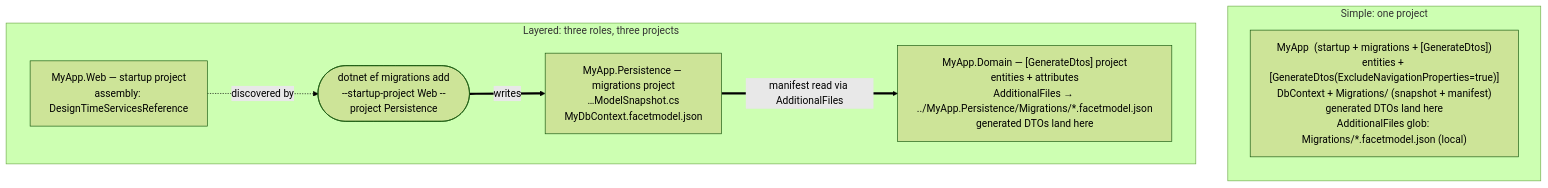
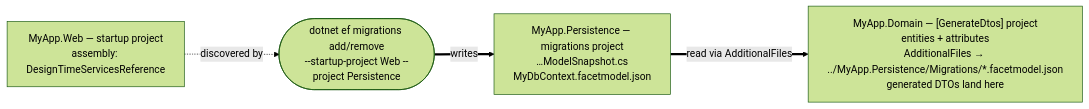
The diagram in src/Facet.Extensions.EFCore/README.md (Tim-Maes/Facet), drawn with Mermaid (forest theme) before and after one commit. The commit also changed other lines of this file and 3 other files, not shown here.

````diff
--- a/src/Facet.Extensions.EFCore/README.md
+++ b/src/Facet.Extensions.EFCore/README.md
@@ -270,19 +380,11 @@
 ```mermaid
-flowchart TB
-    subgraph simple["Simple: one project"]
-        direction TB
-        S["MyApp&nbsp;&nbsp;(startup + migrations + [GenerateDtos])<br/>entities + [GenerateDtos(ExcludeNavigationProperties=true)]<br/>DbContext + Migrations/ (snapshot + manifest)<br/>generated DTOs land here<br/>AdditionalFiles glob: Migrations/*.facetmodel.json (local)"]
-    end
+flowchart LR
+    EF(["dotnet ef migrations add/remove<br/>--startup-project Web --project Persistence"])
+    W["MyApp.Web — startup project<br/>assembly: DesignTimeServicesReference"]
+    P["MyApp.Persistence — migrations project<br/>…ModelSnapshot.cs<br/>MyDbContext.facetmodel.json"]
+    D["MyApp.Domain — [GenerateDtos] project<br/>entities + attributes<br/>AdditionalFiles → ../MyApp.Persistence/Migrations/*.facetmodel.json<br/>generated DTOs land here"]
 
-    subgraph layered["Layered: three roles, three projects"]
-        direction LR
-        EF(["dotnet ef migrations add<br/>--startup-project Web --project Persistence"])
-        W["MyApp.Web — startup project<br/>assembly: DesignTimeServicesReference"]
-        P["MyApp.Persistence — migrations project<br/>…ModelSnapshot.cs<br/>MyDbContext.facetmodel.json"]
-        D["MyApp.Domain — [GenerateDtos] project<br/>entities + attributes<br/>AdditionalFiles → ../MyApp.Persistence/Migrations/*.facetmodel.json<br/>generated DTOs land here"]
-
-        W -. discovered by .-> EF
-        EF == writes ==> P
-        P == "manifest read via AdditionalFiles" ==> D
-    end
+    W -. discovered by .-> EF
+    EF == writes ==> P
+    P == read via AdditionalFiles ==> D
 ```
````
